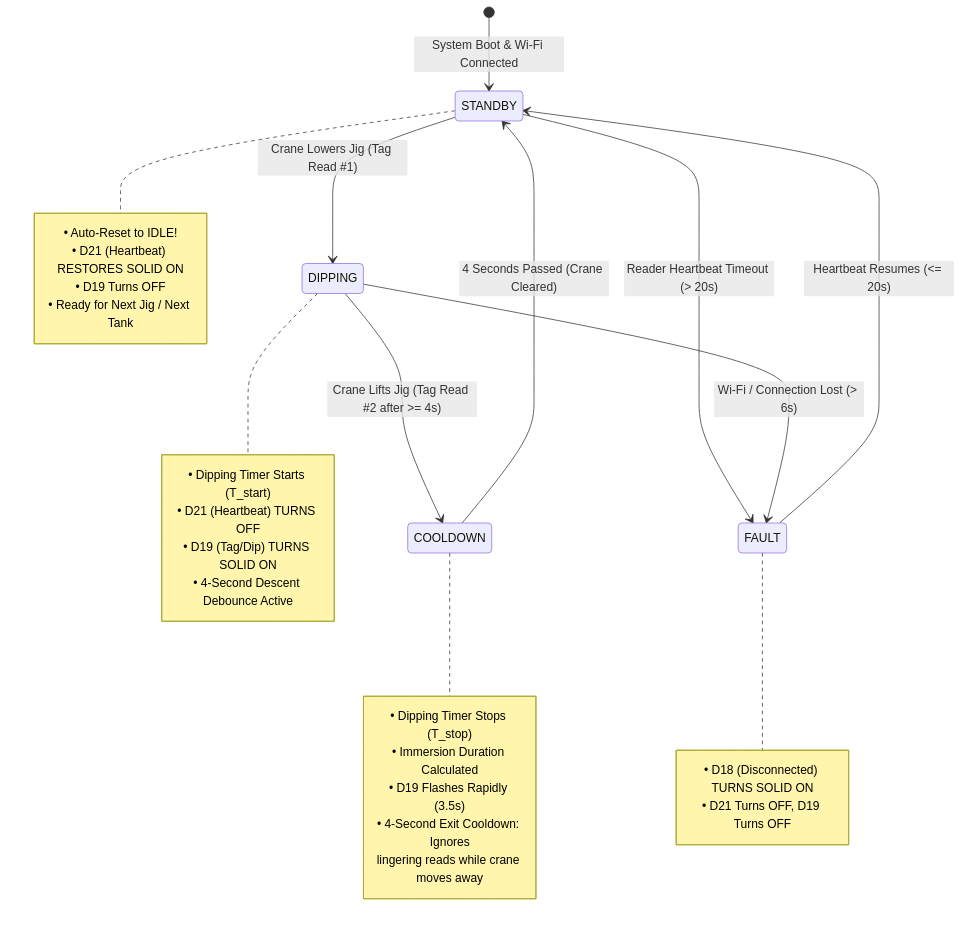
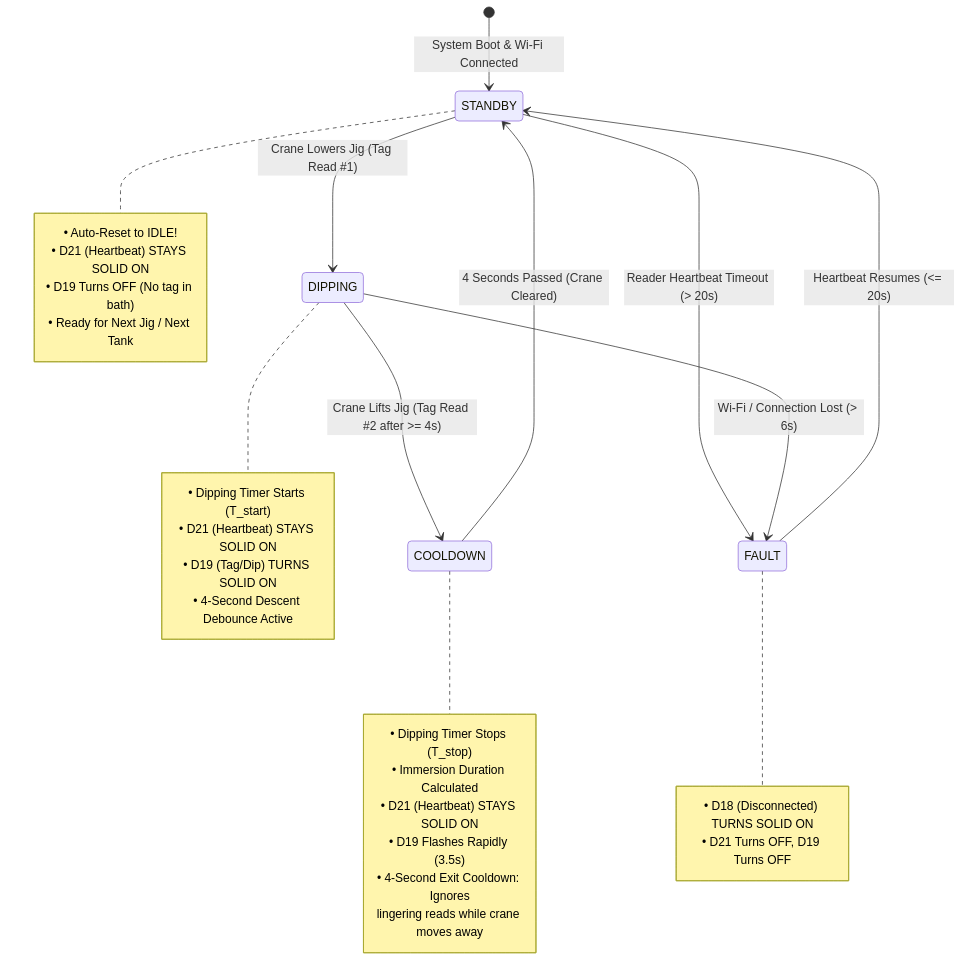
The diagram in Industrial_Crane_Dipping_System_Documentation.md (gowdachethan/ESP32_Rfid-), drawn with Mermaid before and after one commit. The commit also changed other lines of this file and 2 other files, not shown here.

Commit message:
Update LED logic: keep D21 Heartbeat LED ON continuously during tag detection and idle

````diff
--- a/Industrial_Crane_Dipping_System_Documentation.md
+++ b/Industrial_Crane_Dipping_System_Documentation.md
@@ -49,38 +49,39 @@
 ```mermaid
 stateDiagram-v2
     [*] --> STANDBY : System Boot & Wi-Fi Connected
     
     STANDBY --> DIPPING : Crane Lowers Jig (Tag Read #1)
     note right of DIPPING
       • Dipping Timer Starts (T_start)
-      • D21 (Heartbeat) TURNS OFF
+      • D21 (Heartbeat) STAYS SOLID ON
       • D19 (Tag/Dip) TURNS SOLID ON
       • 4-Second Descent Debounce Active
     end note
     
     DIPPING --> COOLDOWN : Crane Lifts Jig (Tag Read #2 after >= 4s)
     note right of COOLDOWN
       • Dipping Timer Stops (T_stop)
       • Immersion Duration Calculated
+      • D21 (Heartbeat) STAYS SOLID ON
       • D19 Flashes Rapidly (3.5s)
       • 4-Second Exit Cooldown: Ignores
         lingering reads while crane moves away
     end note
     
     COOLDOWN --> STANDBY : 4 Seconds Passed (Crane Cleared)
     note right of STANDBY
       • Auto-Reset to IDLE!
-      • D21 (Heartbeat) RESTORES SOLID ON
-      • D19 Turns OFF
+      • D21 (Heartbeat) STAYS SOLID ON
+      • D19 Turns OFF (No tag in bath)
       • Ready for Next Jig / Next Tank
     end note
 
     STANDBY --> FAULT : Reader Heartbeat Timeout (> 20s)
     DIPPING --> FAULT : Wi-Fi / Connection Lost (> 6s)
     note right of FAULT
       • D18 (Disconnected) TURNS SOLID ON
       • D21 Turns OFF, D19 Turns OFF
     end note
     
     FAULT --> STANDBY : Heartbeat Resumes (<= 20s)
 ```
````
